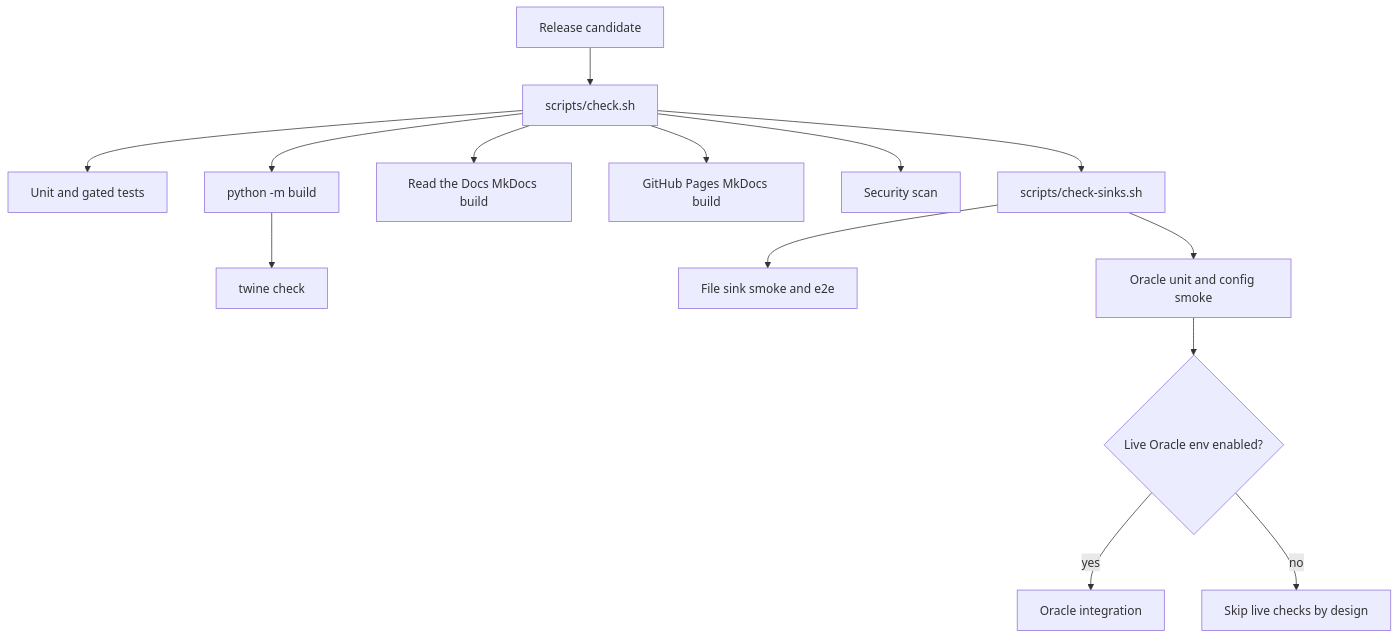
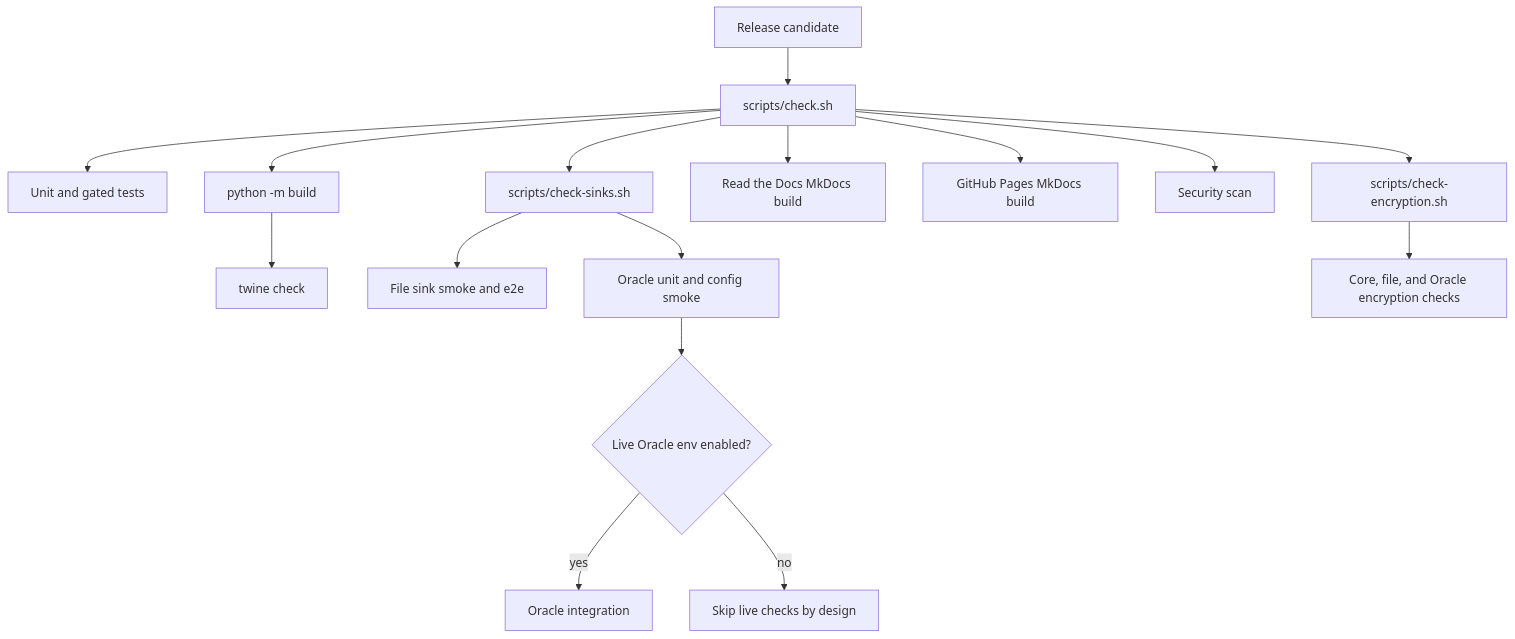
The fifth of 5 diagrams in docs/test-report.md (ProjectCuillin/nats-sinks), drawn with Mermaid before and after one commit. The commit also changed other lines of this file and 80 other files, not shown here.

````diff
--- a/docs/test-report.md
+++ b/docs/test-report.md
@@ -252,16 +313,18 @@
 ```mermaid
 flowchart TD
     Release[Release candidate] --> Local[scripts/check.sh]
     Local --> Unit[Unit and gated tests]
+    Local --> Crypto[scripts/check-encryption.sh]
     Local --> Sinks[scripts/check-sinks.sh]
     Local --> Docs[Read the Docs MkDocs build]
     Local --> Pages[GitHub Pages MkDocs build]
     Local --> Security[Security scan]
     Local --> Build[python -m build]
     Build --> Twine[twine check]
     Sinks --> File[File sink smoke and e2e]
     Sinks --> Oracle[Oracle unit and config smoke]
+    Crypto --> CryptoUnit[Core, file, and Oracle encryption checks]
     Oracle --> LiveOracle{Live Oracle env enabled?}
     LiveOracle -->|yes| OracleIT[Oracle integration]
     LiveOracle -->|no| SkipLive[Skip live checks by design]
 ```
````
